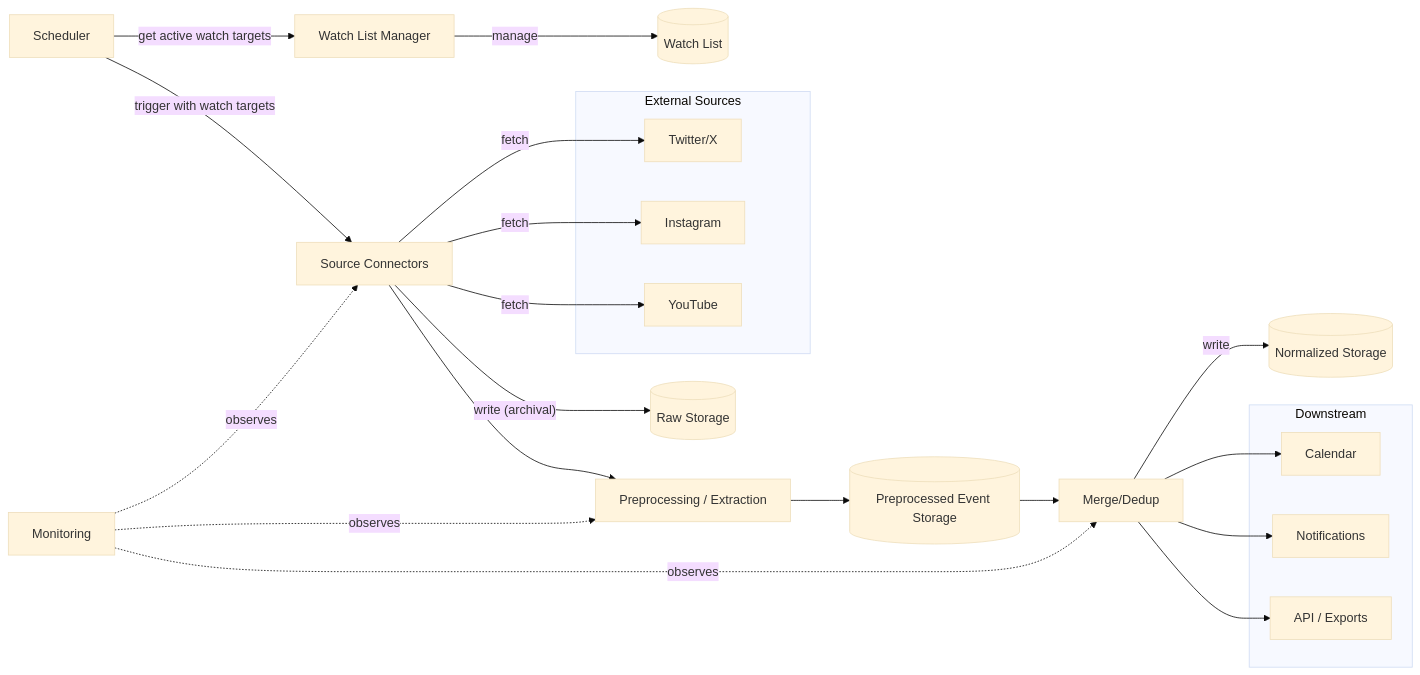
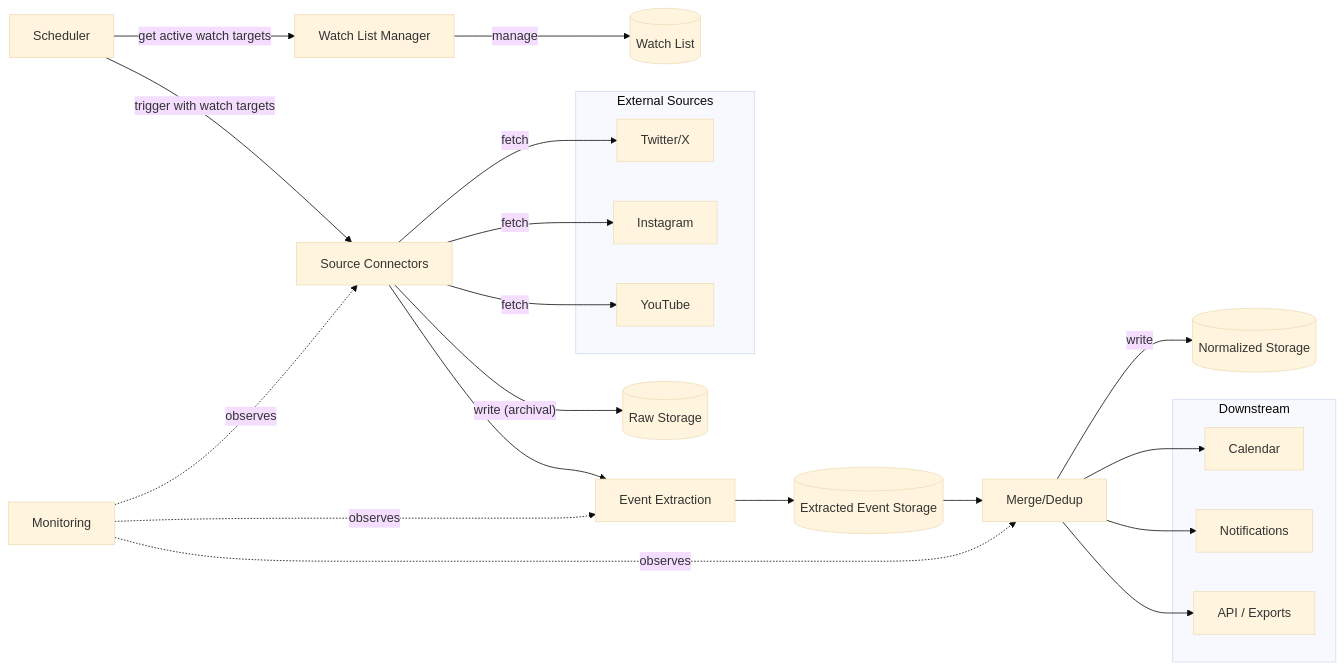
Before and after one commit to d4n1elchen/oshikatsu: the diagram in ARCHITECTURE.md, drawn with Mermaid (base theme). The commit also changed other lines of this file and 26 other files, not shown here.

Commit message:
refactor: rename preprocessing to extraction throughout documentation, configuration, and internal interfaces

````diff
--- a/ARCHITECTURE.md
+++ b/ARCHITECTURE.md
@@ -9,40 +9,40 @@
 ```mermaid
 flowchart LR
     subgraph Sources["External Sources"]
         TW["Twitter/X"]
         IG["Instagram"]
         YT["YouTube"]
     end
 
     WLM["Watch List Manager"]
     SCHED["Scheduler"]
 
     SC["Source Connectors"]
-    PE["Preprocessing / Extraction"]
+    PE["Event Extraction"]
     MD["Merge/Dedup"]
 
     WL[("Watch List")]
     RAW[("Raw Storage")]
-    PRE[("Preprocessed Event Storage")]
+    EXT[("Extracted Event Storage")]
     NORM[("Normalized Storage")]
 
     subgraph Downstream
         CAL["Calendar"]
         NOTIF["Notifications"]
         API["API / Exports"]
     end
 
     MON["Monitoring"]
 
     WLM -- "manage" --> WL
     SCHED -- "get active watch targets" --> WLM
     SCHED -- "trigger with watch targets" --> SC
     SC -- "fetch" --> TW & IG & YT
 
     SC -- "write (archival)" --> RAW
-    SC --> PE --> PRE --> MD
+    SC --> PE --> EXT --> MD
     MD -- "write" --> NORM
     MD --> CAL & NOTIF & API
 
     MON -. "observes" .-> SC & PE & MD
 ```
````
